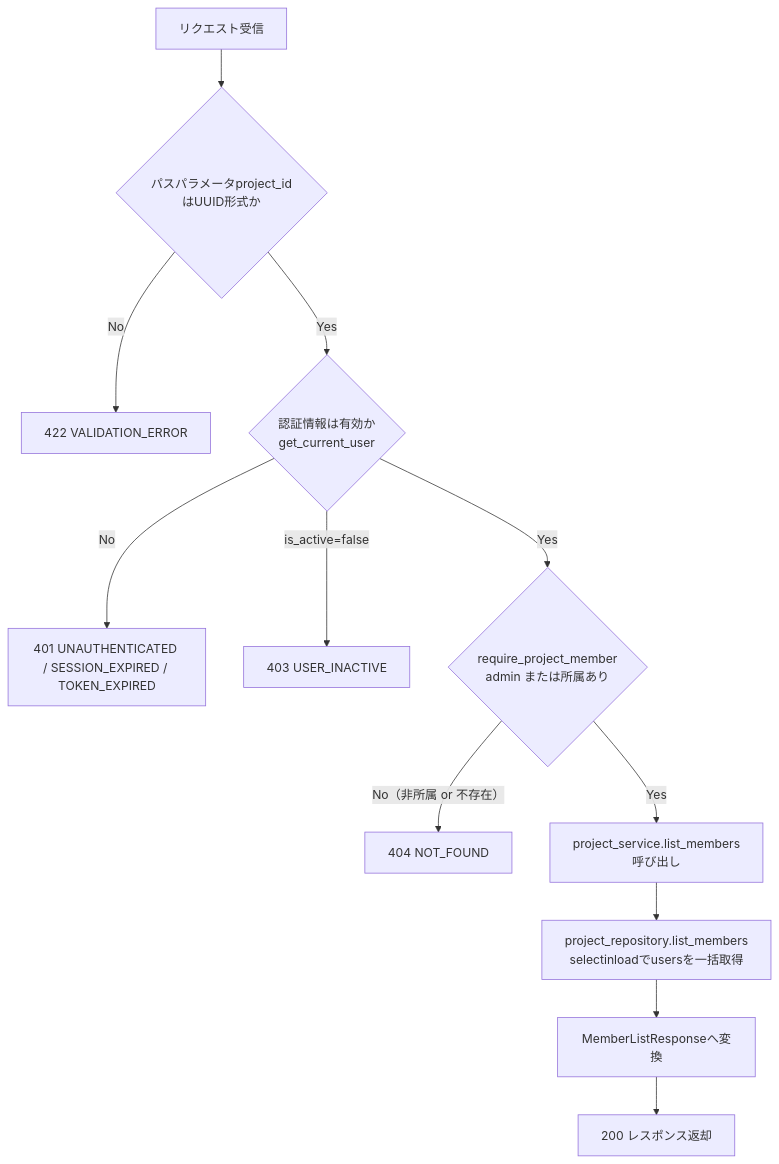
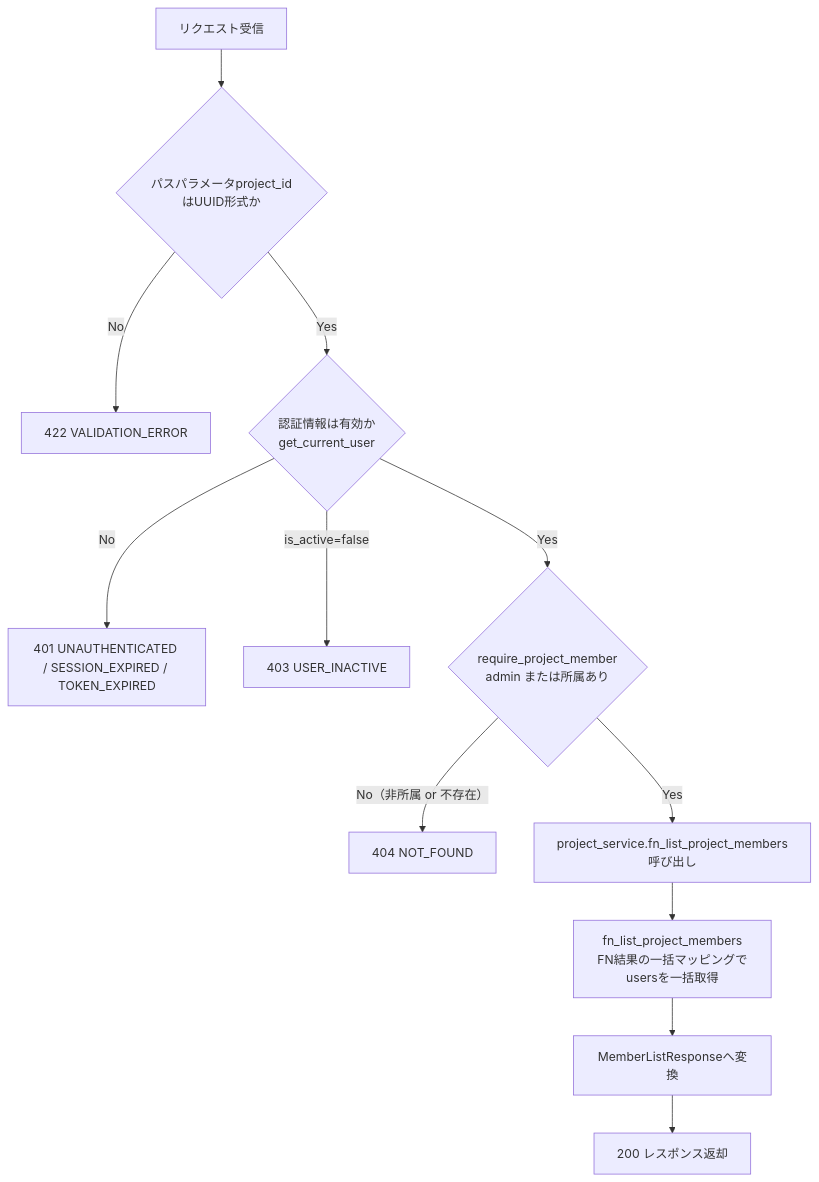
The second of 4 diagrams in detailed_design/api/projects/06_get_project_members.md (oikawa-d/task_management), drawn with Mermaid before and after one commit. The commit also changed other lines of this file and 58 other files, not shown here.

````diff
--- a/detailed_design/api/projects/06_get_project_members.md
+++ b/detailed_design/api/projects/06_get_project_members.md
@@ -130,14 +130,14 @@
 ```mermaid
 flowchart TB
     A["リクエスト受信"] --> B{"パスパラメータproject_idはUUID形式か"}
     B -->|No| E1["422 VALIDATION_ERROR"]
     B -->|Yes| C{"認証情報は有効か<br/>get_current_user"}
     C -->|No| E2["401 UNAUTHENTICATED / SESSION_EXPIRED / TOKEN_EXPIRED"]
     C -->|is_active=false| E3["403 USER_INACTIVE"]
     C -->|Yes| D{"require_project_member<br/>admin または所属あり"}
     D -->|No（非所属 or 不存在）| E4["404 NOT_FOUND"]
-    D -->|Yes| F["project_service.list_members呼び出し"]
-    F --> G["project_repository.list_members<br/>selectinloadでusersを一括取得"]
+    D -->|Yes| F["project_service.fn_list_project_members呼び出し"]
+    F --> G["fn_list_project_members<br/>FN結果の一括マッピングでusersを一括取得"]
     G --> H["MemberListResponseへ変換"]
     H --> I["200 レスポンス返却"]
 ```
````
